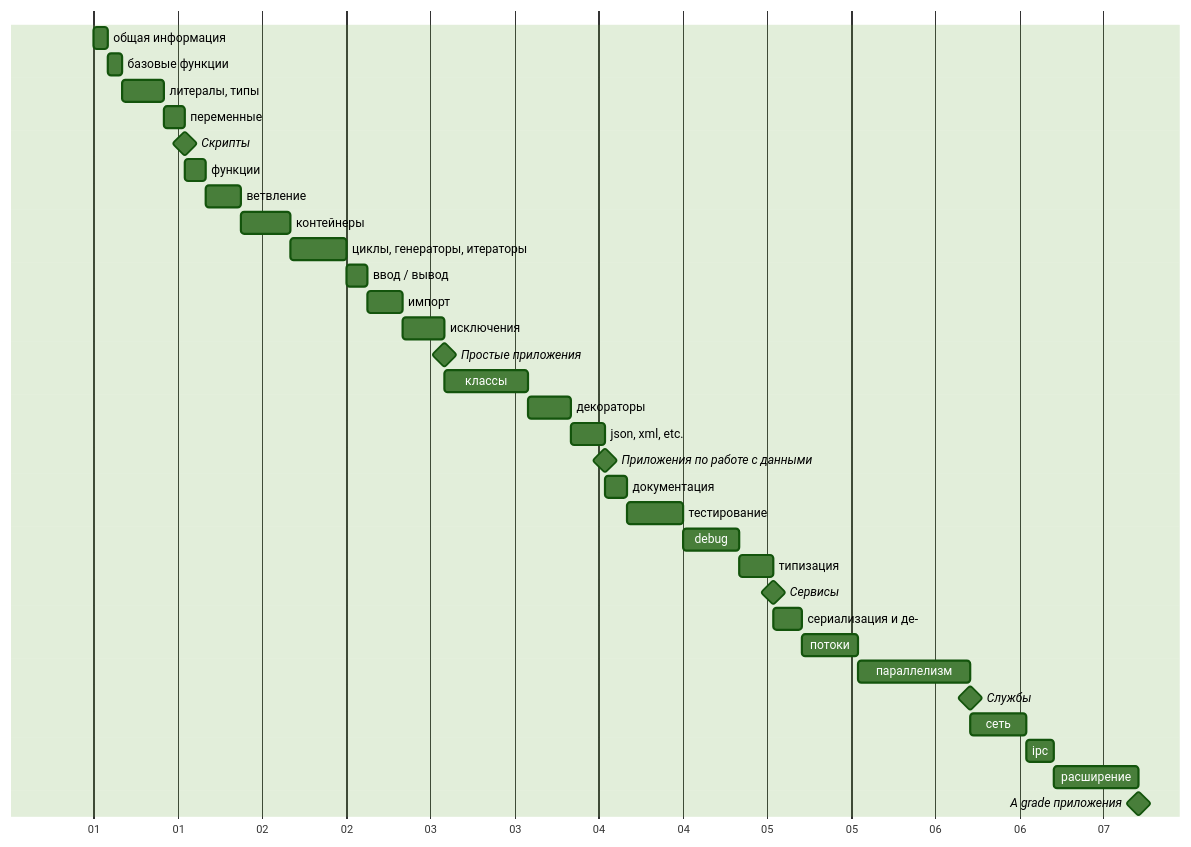
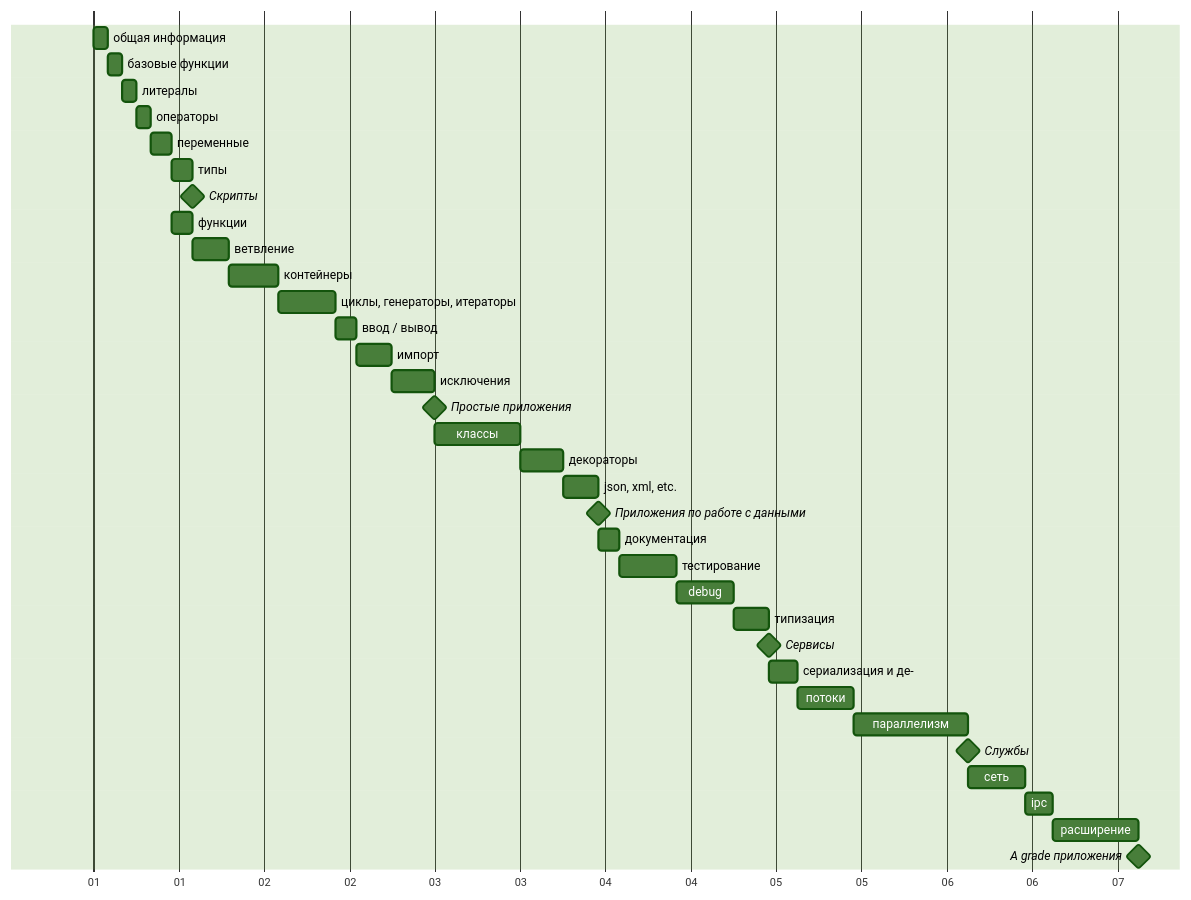
One commit to maxja/pythonic changed the diagram in README.ru.md. Above: the diagram before and after it, drawn with Mermaid. The commit also changed other lines of this file, not shown here.

Commit message:
docs(readme): refine literals section in russian version

````diff
--- a/README.ru.md
+++ b/README.ru.md
@@ -27,38 +27,40 @@
 ```mermaid
 %%{init: {'theme':'forest'}}%%
 gantt
   dateFormat off
   axisFormat %d
   todayMarker off
 
   общая информация      :general,    0, 2h
   базовые функции       :basic,      after general, 2h
-  литералы, типы        :types,      after basic, 6h
-  переменные            :var_const,  after types, 3h
+  литералы              :literals,   after basic, 2h
+  операторы             :operators,  after literals, 2h
+  переменные            :var_const,  after operators, 3h
+  типы                  :types,      after var_const, 3h
   Скрипты :milestone, m1
   функции               :def,        after var_const, 3h
   ветвление             :branching,  after def, 5h
   контейнеры            :containers, after branching, 7h
   циклы, генераторы, итераторы :loops, after containers, 8h
   ввод / вывод          :io,         after loops, 3h
   импорт                :import,     after io, 5h
   исключения            :exceptions, after import, 6h
   Простые приложения :milestone, m2
   классы                :class,      after exceptions, 12h
   декораторы            :decorators, after class, 6h
   json, xml, etc.       :file_formats, after decorators, 5h
   Приложения по работе с данными :milestone, m3
   документация          :docs,       after file_formats, 3h
   тестирование          :testing,    after docs, 8h
   debug                 :debug,      after testing, 8h
   типизация             :type_system, after debug, 5h
   Сервисы :milestone, m4
   сериализация и де-    :serialization, after type_system, 4h
   потоки                :streams, after serialization, 8h
   параллелизм           :concurrency, after streams, 16h
   Службы :milestone, m5
   сеть                  :net, after concurrency, 8h
   ipc                   :ipc, after net, 4h
   расширение            :extensions, after ipc, 12h
   A grade приложения :milestone, m6
 ```
````
